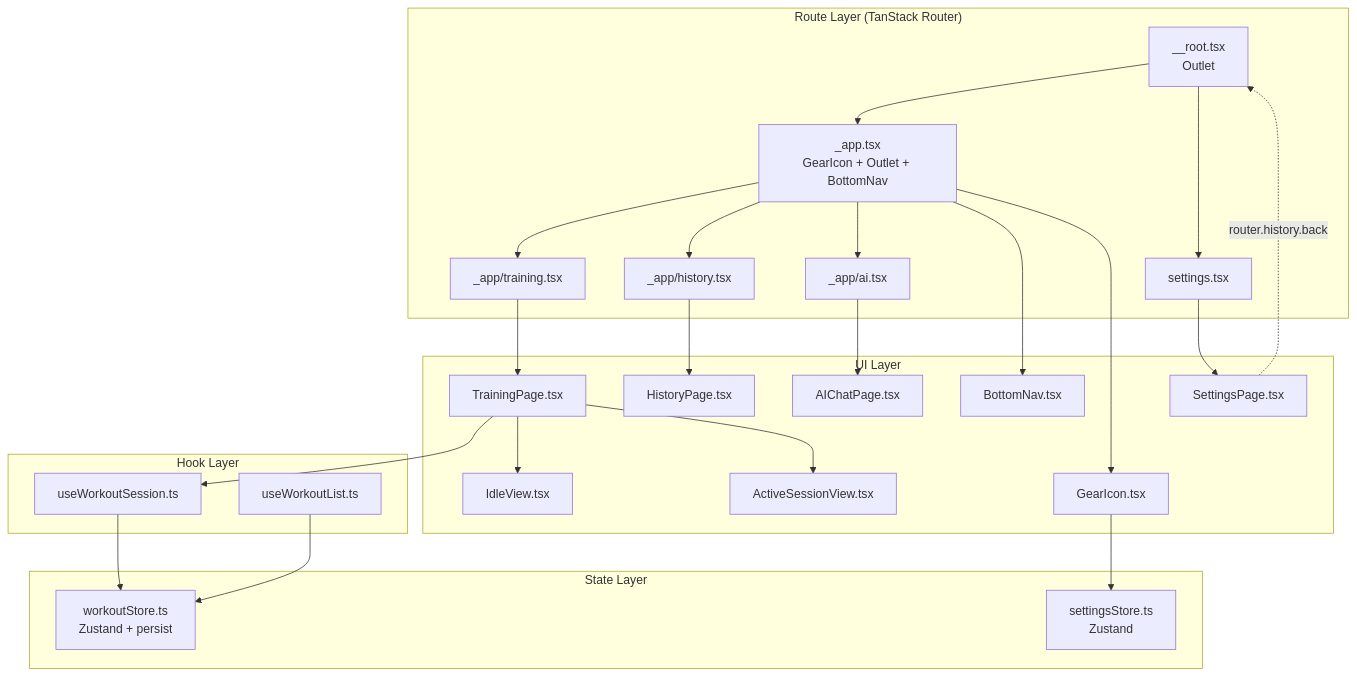
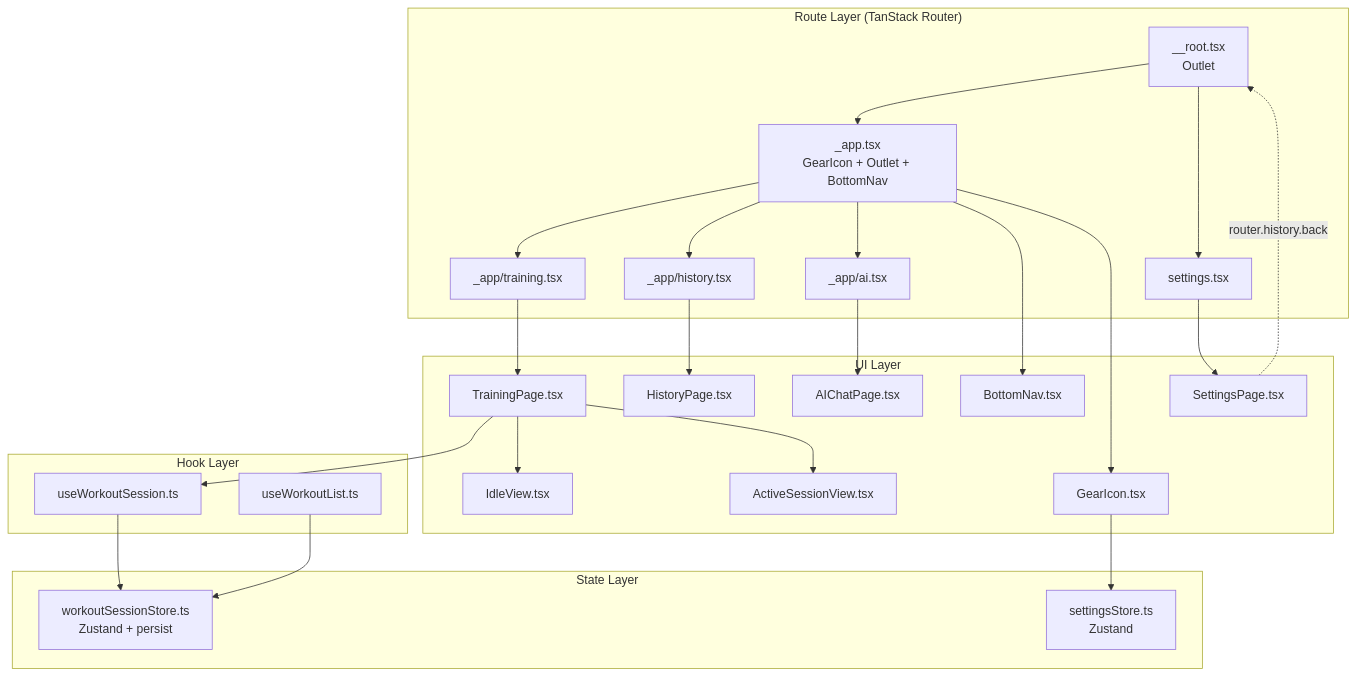
One commit to SakumaTakuya/gymini changed the diagram in .sdd/specification/navigation_design.md. Above: the diagram before and after it, drawn with Mermaid. The commit also changed other lines of this file and 1 other file, not shown here.

````diff
--- a/.sdd/specification/navigation_design.md
+++ b/.sdd/specification/navigation_design.md
@@ -73,57 +73,57 @@
 ```mermaid
 graph TD
     subgraph "Route Layer (TanStack Router)"
         Root["__root.tsx<br/>Outlet"]
         AppLayout["_app.tsx<br/>GearIcon + Outlet + BottomNav"]
         TR["_app/training.tsx"]
         HR["_app/history.tsx"]
         AR["_app/ai.tsx"]
         SR["settings.tsx"]
     end
 
     subgraph "UI Layer"
         BN[BottomNav.tsx]
         GI[GearIcon.tsx]
         TP[TrainingPage.tsx]
         HP[HistoryPage.tsx]
         ACP[AIChatPage.tsx]
         SP[SettingsPage.tsx]
         IV[IdleView.tsx]
         ASV[ActiveSessionView.tsx]
     end
 
     subgraph "Hook Layer"
         HWS[useWorkoutSession.ts]
         HWL[useWorkoutList.ts]
     end
 
     subgraph "State Layer"
-        WS[workoutStore.ts<br/>Zustand + persist]
+        WS[workoutSessionStore.ts<br/>Zustand + persist]
         SS[settingsStore.ts<br/>Zustand]
     end
 
     Root --> AppLayout
     Root --> SR
     AppLayout --> TR
     AppLayout --> HR
     AppLayout --> AR
 
     AppLayout --> BN
     AppLayout --> GI
 
     TR --> TP
     HR --> HP
     AR --> ACP
     SR --> SP
 
     TP --> HWS
     TP --> IV
     TP --> ASV
 
     GI --> SS
 
     SP -.->|router.history.back| Root
 
     HWS --> WS
     HWL --> WS
 ```
````
